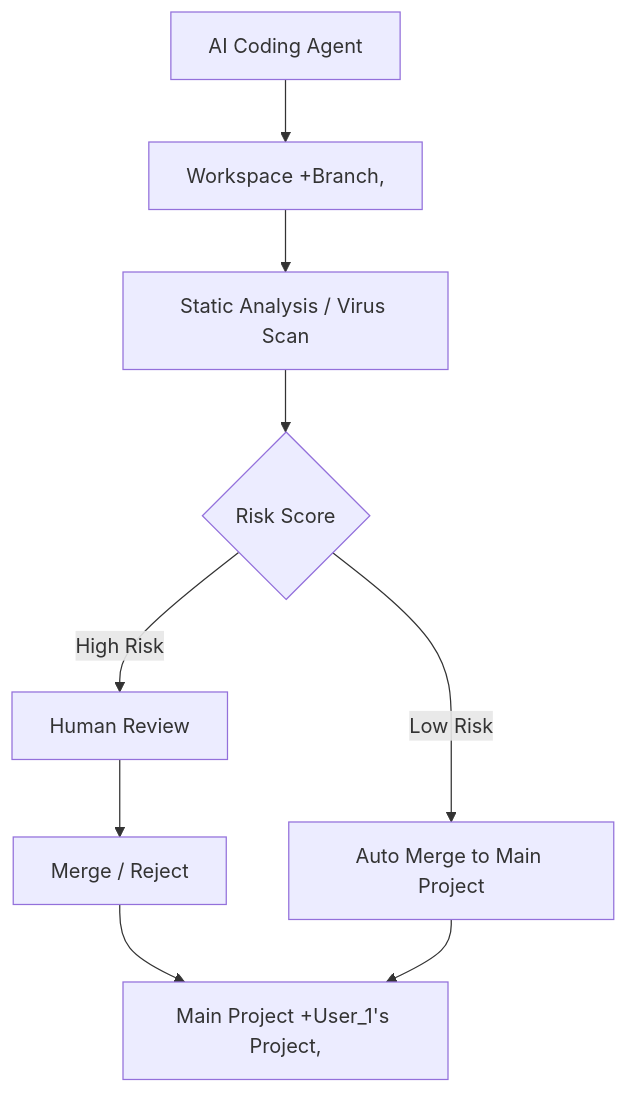
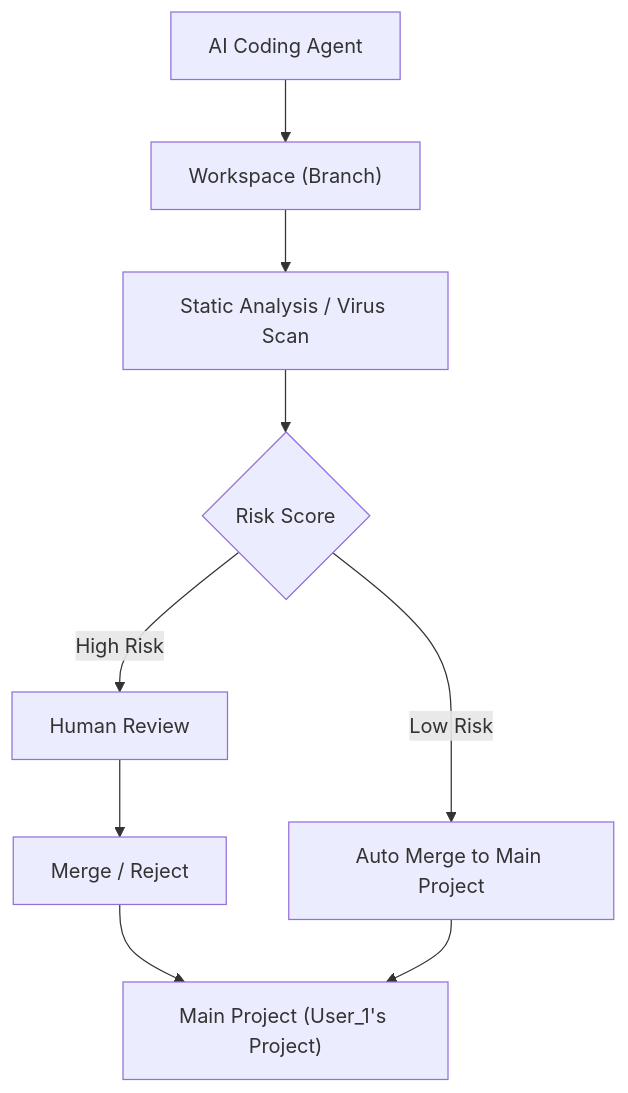
The diagram in openclaw-instance/security-frame.md (klinda78/gemini--chat), drawn with Mermaid before and after one commit.

Commit message:
Update security frame diagram with new workspace IDs

````diff
--- a/openclaw-instance/security-frame.md
+++ b/openclaw-instance/security-frame.md
@@ -1,11 +1,11 @@
 ```mermaid
 graph TD
-    A[AI Coding Agent] --> B[Workspace #43;Branch#44;]
+    A[AI Coding Agent] --> B[Workspace #40;Branch#41;]
     B --> C[Static Analysis / Virus Scan]
     C --> D{Risk Score}
     D -->|Low Risk| E[Auto Merge to Main Project]
     D -->|High Risk| F[Human Review]
     F --> G[Merge / Reject]
-    G --> H[Main Project #43;User_1's Project#44;]
+    G --> H[Main Project #40;User_1's Project#41;]
     E --> H
 ```
````
